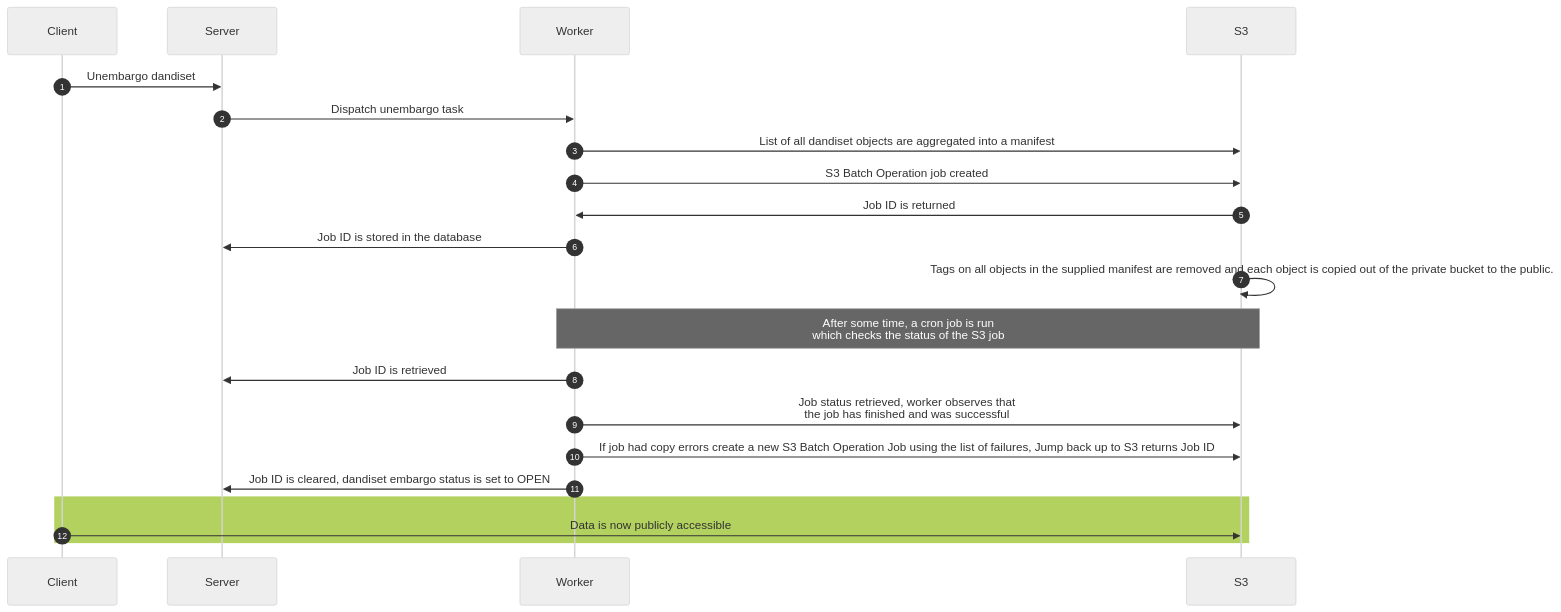
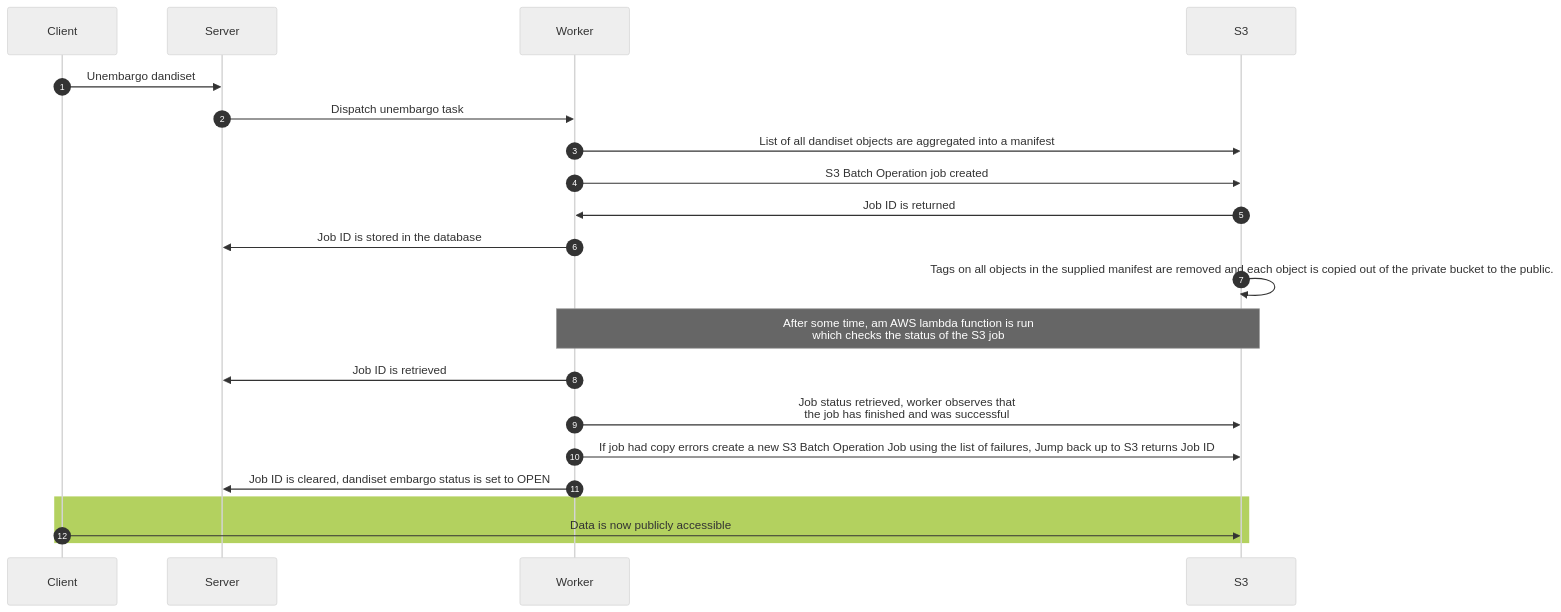
One commit to aplbrain/dandi-archive changed the diagram in doc/design/private-and-embargo-bucket-design.md. Above: the diagram before and after it, drawn with Mermaid (neutral theme). The commit also changed other lines of this file, not shown here.

````diff
--- a/doc/design/private-and-embargo-bucket-design.md
+++ b/doc/design/private-and-embargo-bucket-design.md
@@ -13,26 +41,26 @@
 ```mermaid
 sequenceDiagram
     autonumber
     participant Client
     participant Server
     participant Worker
     participant S3
 
     Client ->> Server: Unembargo dandiset
     Server ->> Worker: Dispatch unembargo task
     Worker ->> S3: List of all dandiset objects are aggregated into a manifest
     Worker ->> S3: S3 Batch Operation job created
     S3 ->> Worker: Job ID is returned
     Worker ->> Server: Job ID is stored in the database
     S3 ->> S3: Tags on all objects in the supplied manifest are removed and each object is copied out of the private bucket to the public.
-    Note over Worker,S3: After some time, a cron job is run <br> which checks the status of the S3 job
+    Note over Worker,S3: After some time, am AWS lambda function is run <br> which checks the status of the S3 job
 		Worker ->> Server: Job ID is retrieved
     Worker ->> S3: Job status retrieved, worker observes that <br> the job has finished and was successful
     Worker ->> S3: If job had copy errors create a new S3 Batch Operation Job using the list of failures, Jump back up to S3 returns Job ID
 
     Worker ->> Server: Job ID is cleared, dandiset embargo status is set to OPEN
 
     rect rgb(179, 209, 95)
         Client ->> S3: Data is now publicly accessible
     end
 ```
````
